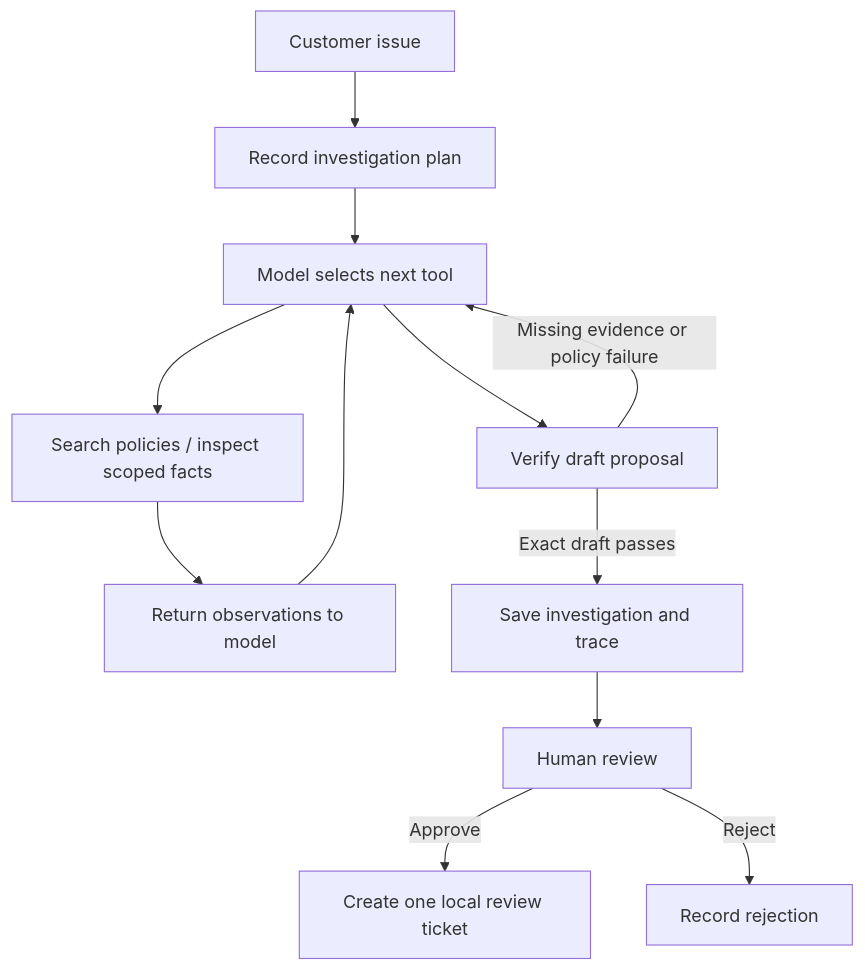
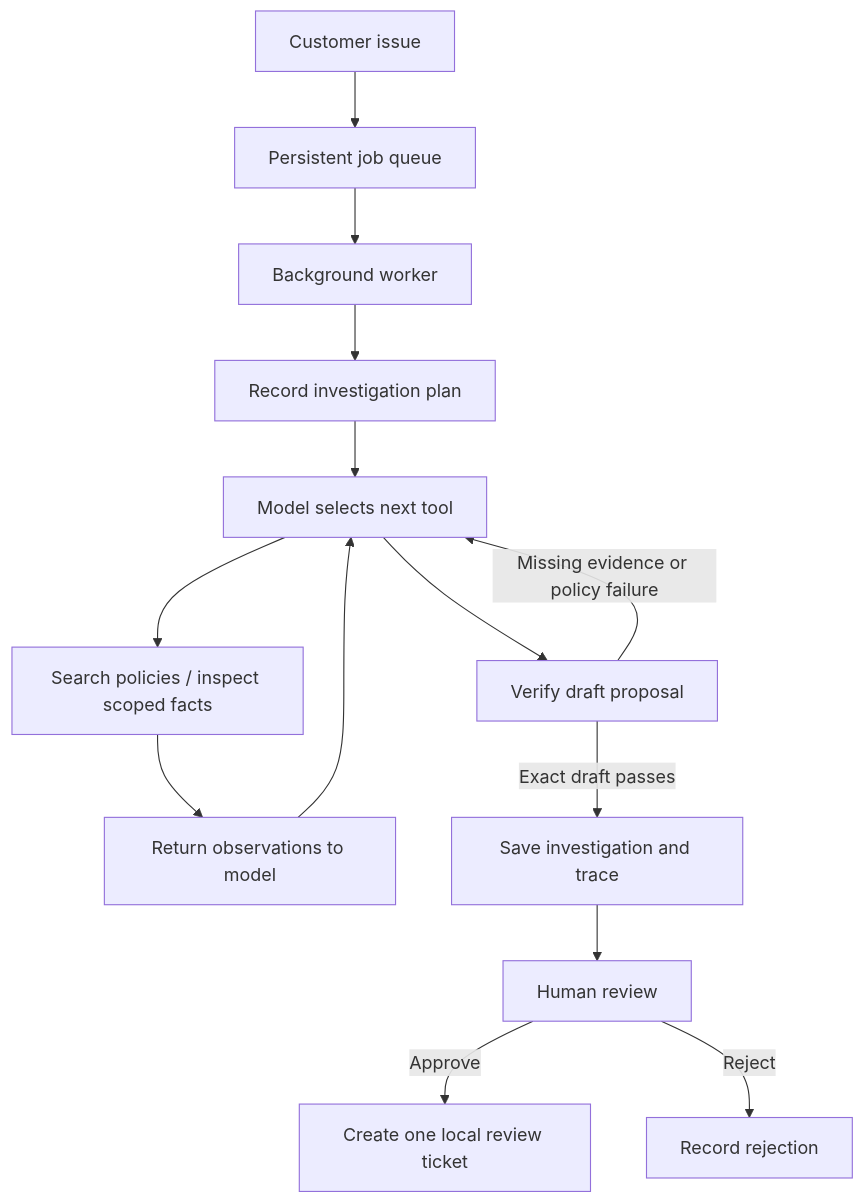
Before and after one commit to Ninjax26/relay-support-agent: the diagram in README.md, drawn with Mermaid. The commit also changed other lines of this file and 17 other files, not shown here.

````diff
--- a/README.md
+++ b/README.md
@@ -83,14 +88,16 @@
 ```mermaid
 flowchart TD
-    Issue[Customer issue] --> Plan[Record investigation plan]
+    Issue[Customer issue] --> Queue[Persistent job queue]
+    Queue --> Worker[Background worker]
+    Worker --> Plan[Record investigation plan]
     Plan --> Model[Model selects next tool]
     Model --> Read[Search policies / inspect scoped facts]
     Read --> Observe[Return observations to model]
     Observe --> Model
     Model --> Verify[Verify draft proposal]
     Verify -->|Missing evidence or policy failure| Model
     Verify -->|Exact draft passes| Save[Save investigation and trace]
     Save --> Human[Human review]
     Human -->|Approve| Ticket[Create one local review ticket]
     Human -->|Reject| Stop[Record rejection]
 ```
````
